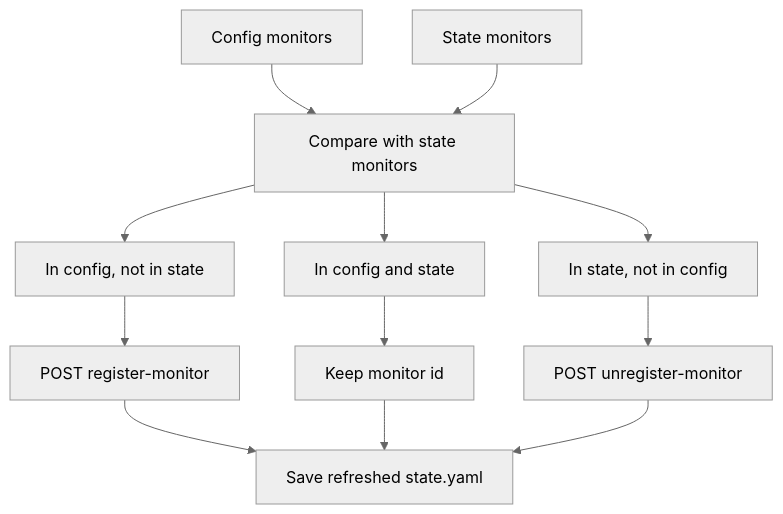
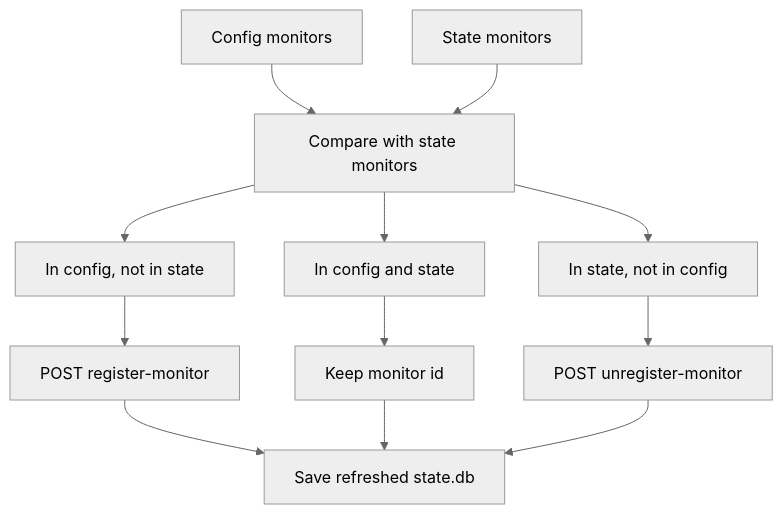
One commit to sunday-studio/orion changed the third of 6 diagrams in docs/architecture/data-ingestion.md. Above: the diagram before and after it, drawn with Mermaid (neutral theme). The commit also changed other lines of this file and 20 other files, not shown here.

````diff
--- a/docs/architecture/data-ingestion.md
+++ b/docs/architecture/data-ingestion.md
@@ -84,14 +84,14 @@
 ```mermaid
 flowchart TD
   ConfigMonitors["Config monitors"] --> Compare["Compare with state monitors"]
   StateMonitors["State monitors"] --> Compare
   Compare --> New["In config, not in state"]
   Compare --> Existing["In config and state"]
   Compare --> Removed["In state, not in config"]
   New --> RegisterCore["POST register-monitor"]
   Existing --> Keep["Keep monitor id"]
   Removed --> UnregisterCore["POST unregister-monitor"]
-  RegisterCore --> SaveState["Save refreshed state.yaml"]
+  RegisterCore --> SaveState["Save refreshed state.db"]
   Keep --> SaveState
   UnregisterCore --> SaveState
 ```
````
